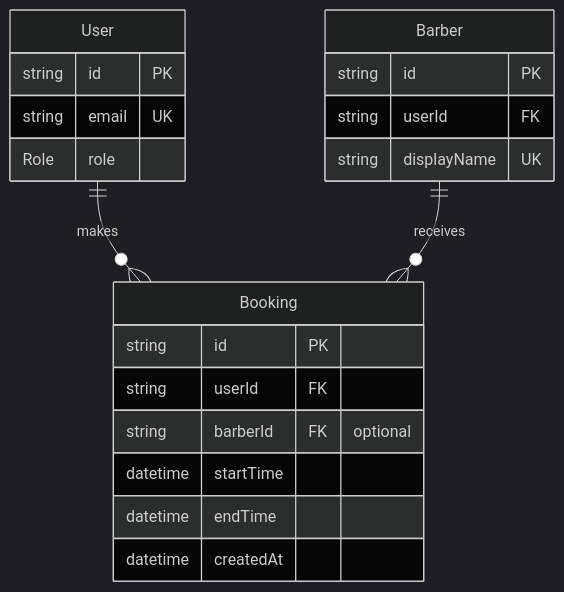
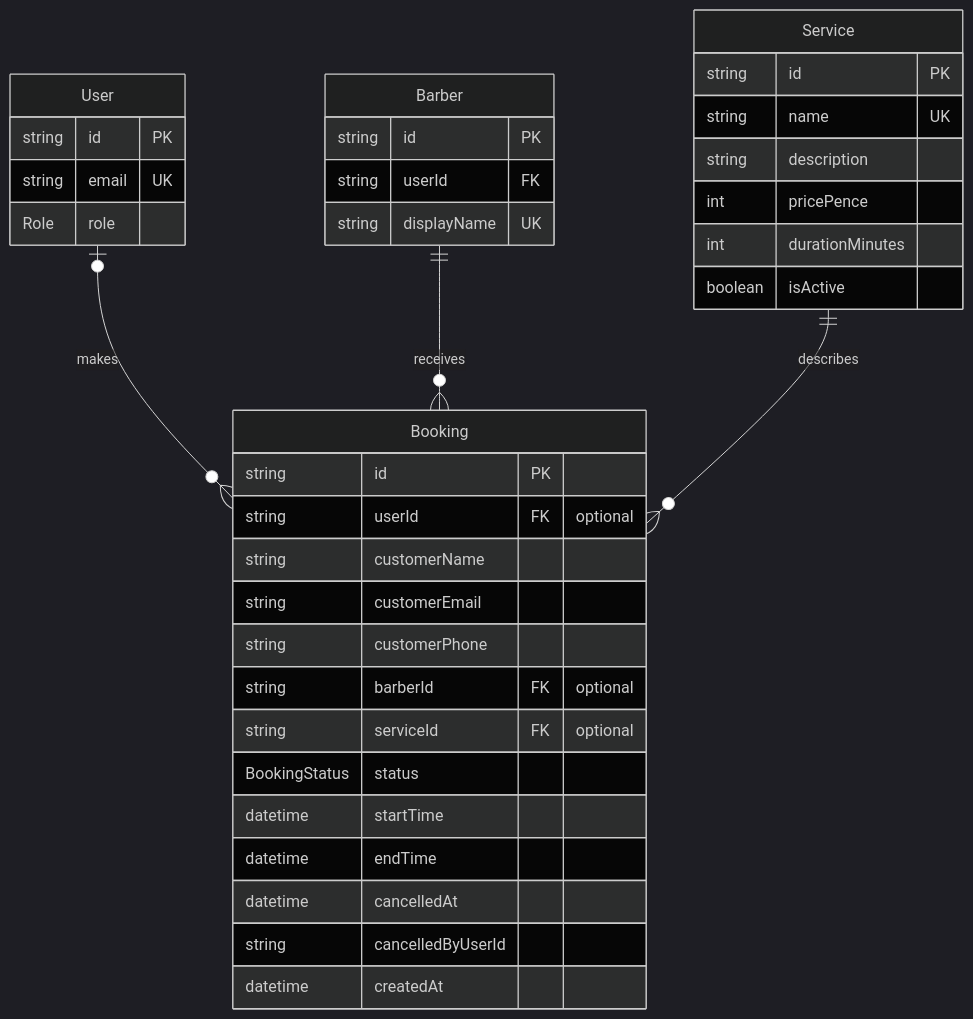
Before and after one commit to Erics-Barbers/erics-barbers-docs: the third of 7 diagrams in Database Design.md, drawn with Mermaid (dark theme). The commit also changed other lines of this file and 14 other files, not shown here.

````diff
--- a/Database Design.md
+++ b/Database Design.md
@@ -119,26 +190,43 @@
 ```mermaid
 erDiagram
-    User ||--o{ Booking : makes
+    User |o--o{ Booking : makes
     Barber ||--o{ Booking : receives
+    Service ||--o{ Booking : describes
 
     User {
         string id PK
         string email UK
         Role role
     }
 
     Barber {
         string id PK
         string userId FK
         string displayName UK
     }
 
     Booking {
         string id PK
-        string userId FK
+        string userId FK "optional"
+        string customerName
+        string customerEmail
+        string customerPhone
         string barberId FK "optional"
+        string serviceId FK "optional"
+        BookingStatus status
         datetime startTime
         datetime endTime
+        datetime cancelledAt
+        string cancelledByUserId
         datetime createdAt
     }
+
+    Service {
+        string id PK
+        string name UK
+        string description
+        int pricePence
+        int durationMinutes
+        boolean isActive
+    }
 ```
````
